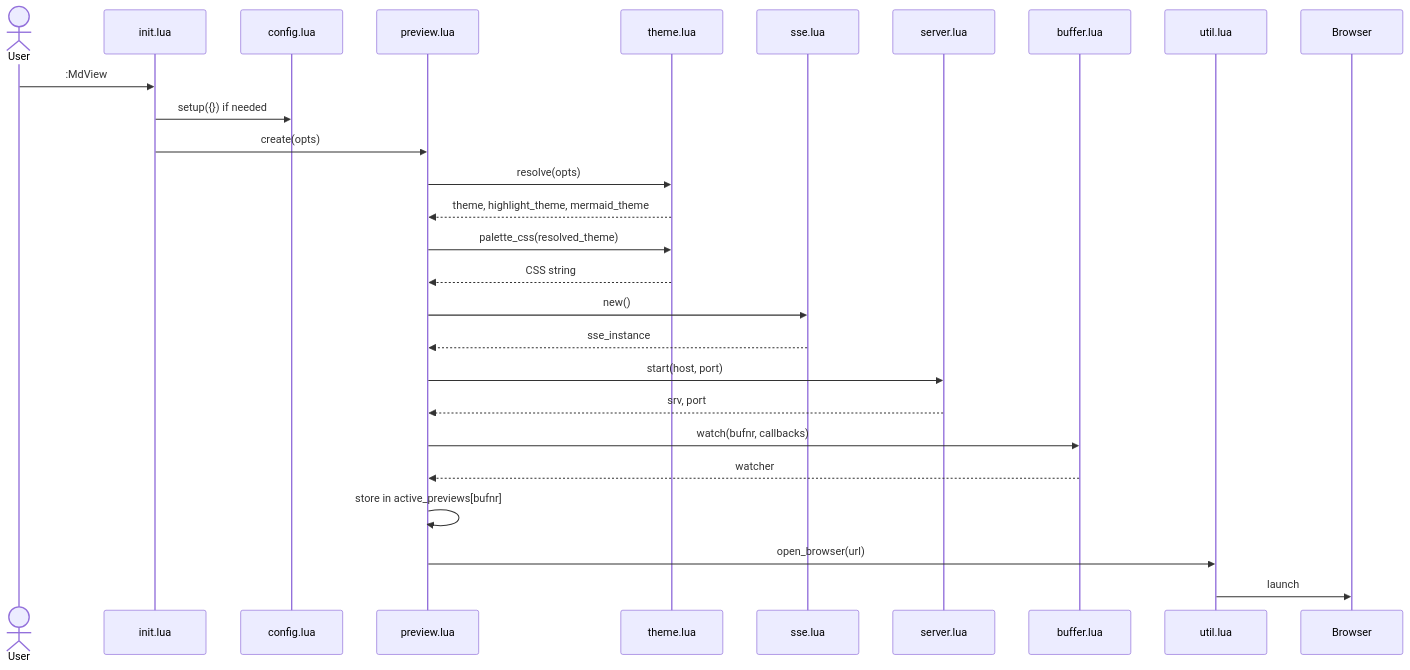
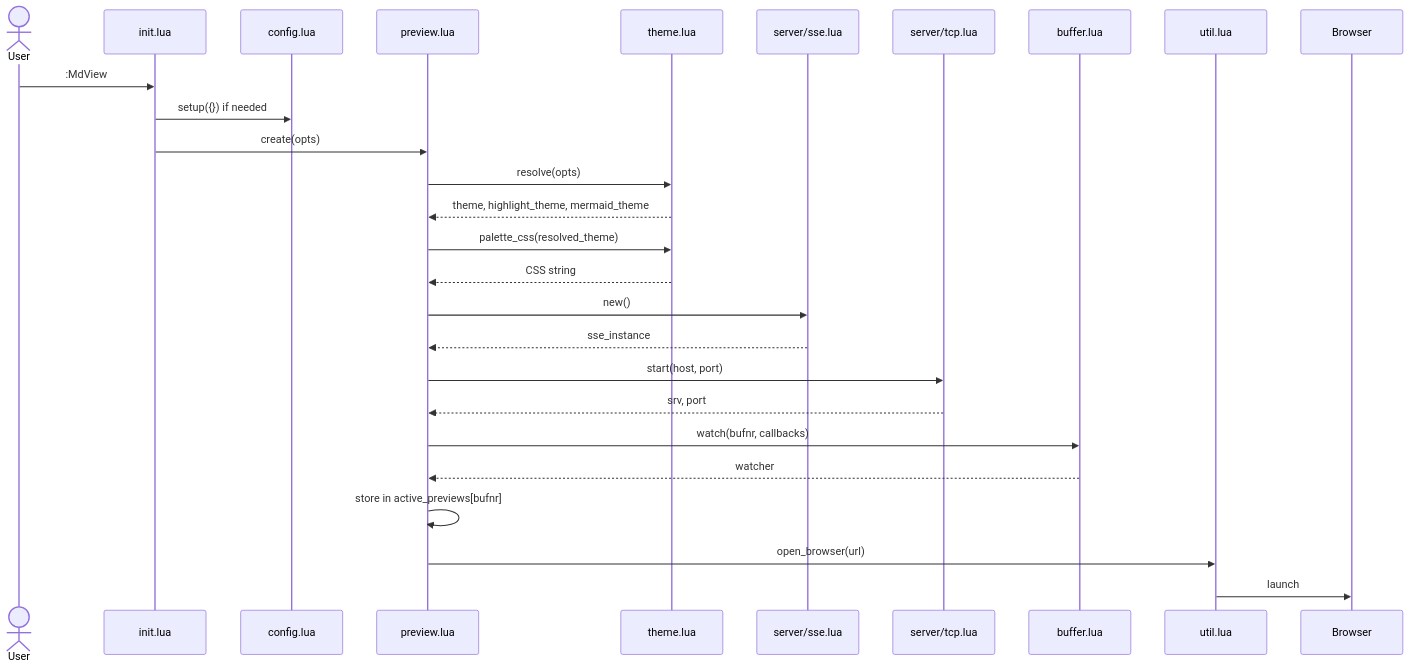
The second of 9 diagrams in docs/ARCHITECTURE.md (kcayme/md-view.nvim), drawn with Mermaid before and after one commit. The commit also changed other lines of this file and 17 other files, not shown here.

````diff
--- a/docs/ARCHITECTURE.md
+++ b/docs/ARCHITECTURE.md
@@ -70,30 +71,30 @@
 ```mermaid
 sequenceDiagram
     actor User
     participant init as init.lua
     participant config as config.lua
     participant preview as preview.lua
     participant theme as theme.lua
-    participant sse as sse.lua
-    participant server as server.lua
+    participant sse as server/sse.lua
+    participant server as server/tcp.lua
     participant buffer as buffer.lua
     participant util as util.lua
     participant Browser
 
     User->>init: :MdView
     init->>config: setup({}) if needed
     init->>preview: create(opts)
     preview->>theme: resolve(opts)
     theme-->>preview: theme, highlight_theme, mermaid_theme
     preview->>theme: palette_css(resolved_theme)
     theme-->>preview: CSS string
     preview->>sse: new()
     sse-->>preview: sse_instance
     preview->>server: start(host, port)
     server-->>preview: srv, port
     preview->>buffer: watch(bufnr, callbacks)
     buffer-->>preview: watcher
     preview->>preview: store in active_previews[bufnr]
     preview->>util: open_browser(url)
     util->>Browser: launch
 ```
````
